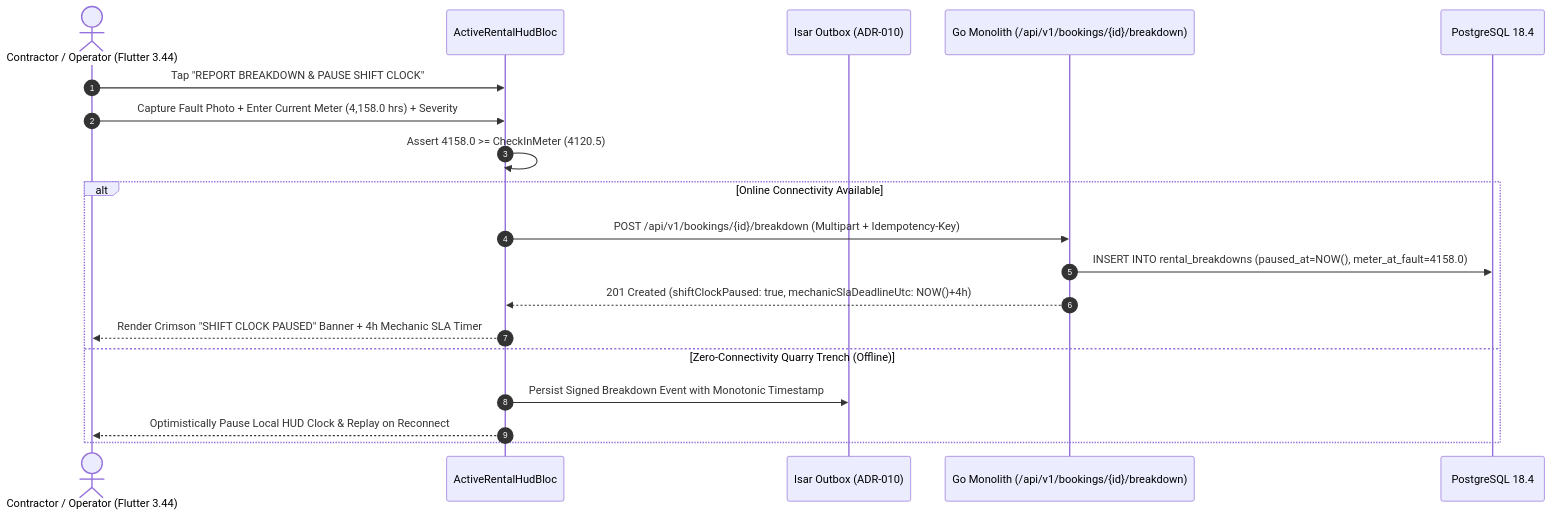
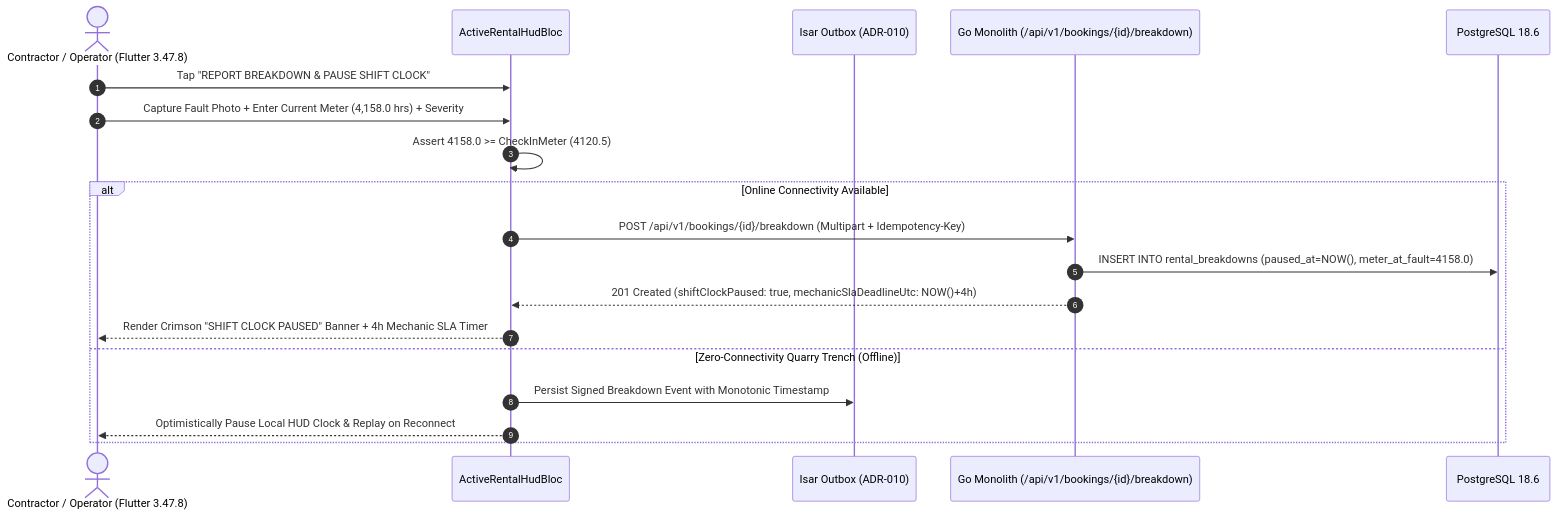
The second of 2 diagrams in docs/mobile/renter-experience/13-active-rental-hud-extensions-breakdowns.md (YDink/Heavy-Machinery-Logistics-Rental), drawn with Mermaid before and after one commit. The commit also changed other lines of this file and 212 other files, not shown here.

````diff
--- a/docs/mobile/renter-experience/13-active-rental-hud-extensions-breakdowns.md
+++ b/docs/mobile/renter-experience/13-active-rental-hud-extensions-breakdowns.md
@@ -113,22 +113,22 @@
 ```mermaid
 sequenceDiagram
     autonumber
-    actor Renter as Contractor / Operator (Flutter 3.44)
+    actor Renter as Contractor / Operator (Flutter 3.47.8)
     participant HudBloc as ActiveRentalHudBloc
     participant Outbox as Isar Outbox (ADR-010)
     participant API as Go Monolith (/api/v1/bookings/{id}/breakdown)
-    participant PG as PostgreSQL 18.4
+    participant PG as PostgreSQL 18.6
 
     Renter->>HudBloc: Tap "REPORT BREAKDOWN & PAUSE SHIFT CLOCK"
     Renter->>HudBloc: Capture Fault Photo + Enter Current Meter (4,158.0 hrs) + Severity
     HudBloc->>HudBloc: Assert 4158.0 >= CheckInMeter (4120.5)
     alt Online Connectivity Available
         HudBloc->>API: POST /api/v1/bookings/{id}/breakdown (Multipart + Idempotency-Key)
         API->>PG: INSERT INTO rental_breakdowns (paused_at=NOW(), meter_at_fault=4158.0)
         API-->>HudBloc: 201 Created (shiftClockPaused: true, mechanicSlaDeadlineUtc: NOW()+4h)
         HudBloc-->>Renter: Render Crimson "SHIFT CLOCK PAUSED" Banner + 4h Mechanic SLA Timer
     else Zero-Connectivity Quarry Trench (Offline)
         HudBloc->>Outbox: Persist Signed Breakdown Event with Monotonic Timestamp
         HudBloc-->>Renter: Optimistically Pause Local HUD Clock & Replay on Reconnect
     end
 ```
````
